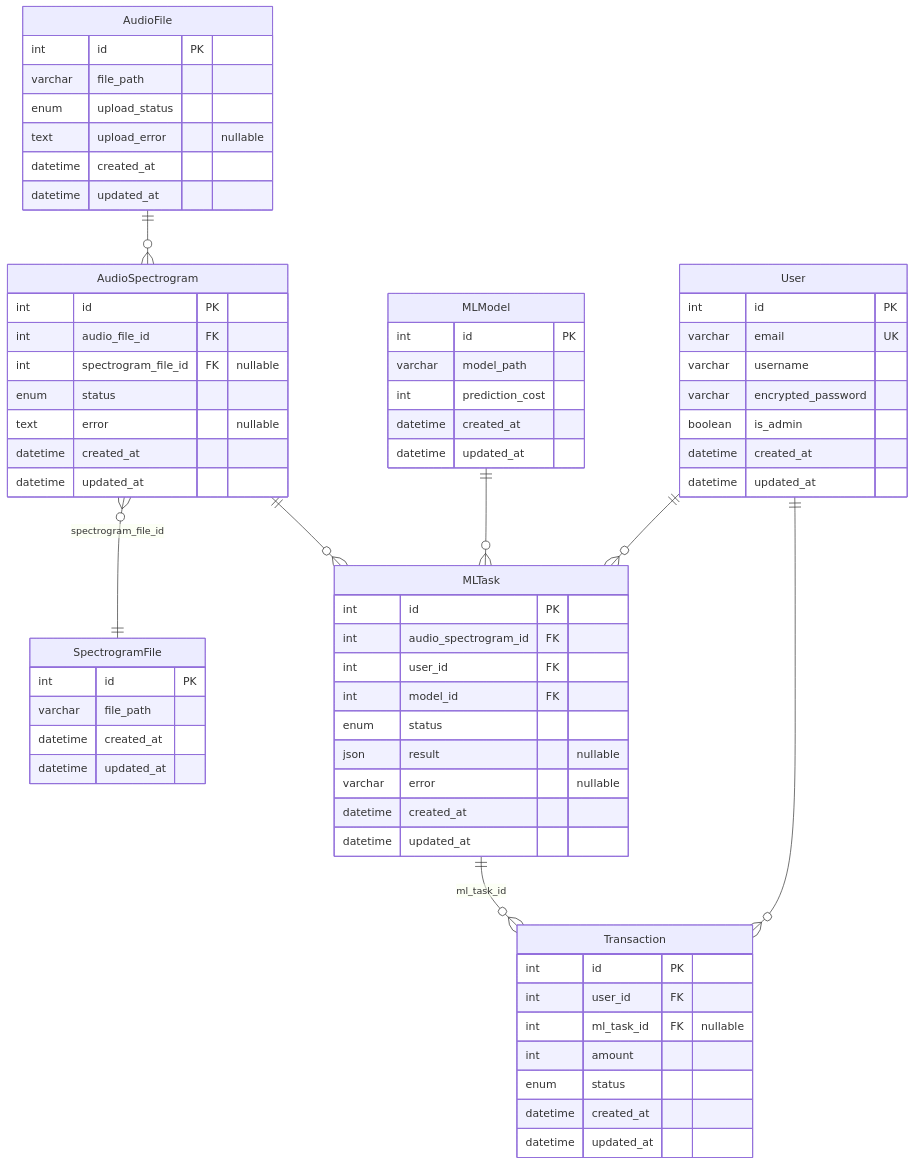
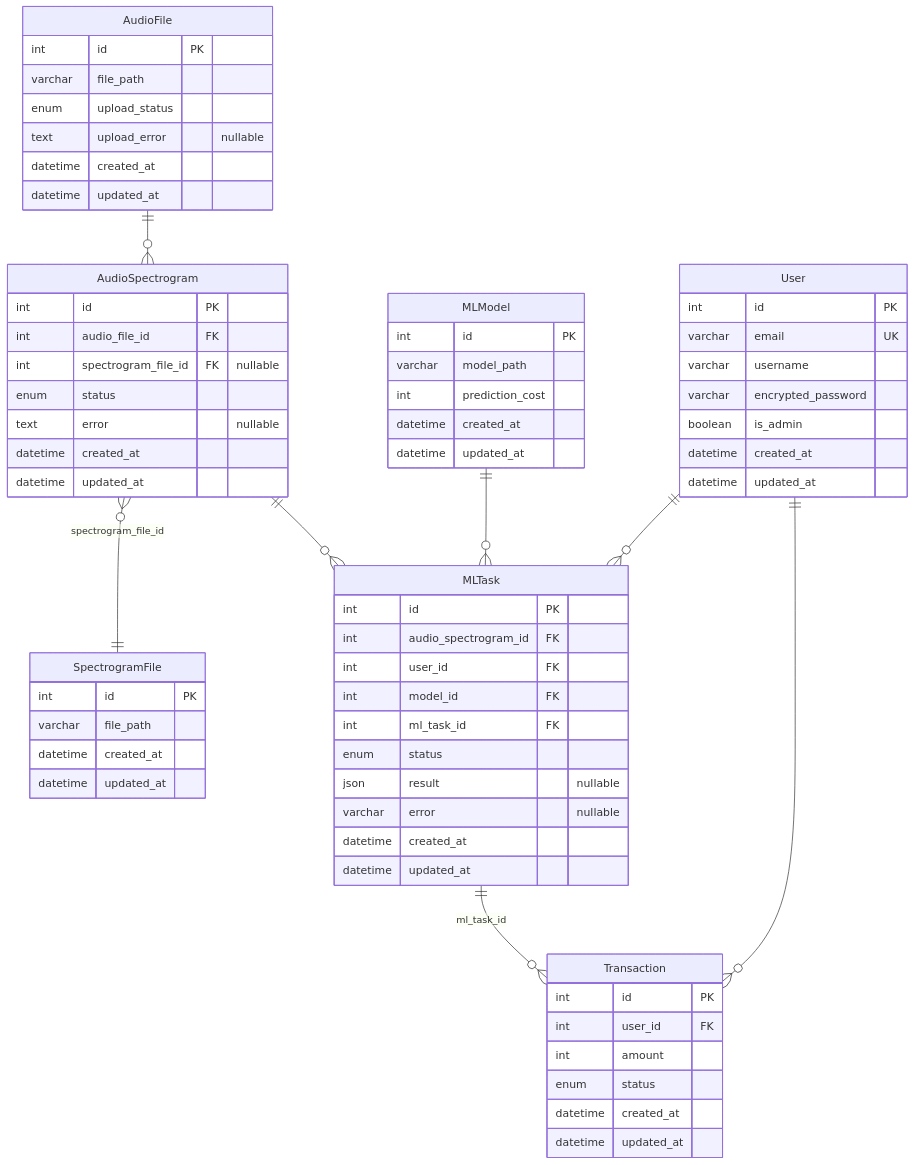
One commit to Ch1g/MusicGenreSommelierAI changed the second of 2 diagrams in README.md. Above: the diagram before and after it, drawn with Mermaid. The commit also changed other lines of this file and 35 other files, not shown here.

````diff
--- a/README.md
+++ b/README.md
@@ -100,76 +110,76 @@
 ```mermaid
 erDiagram
     User {
         int id PK
         varchar email UK
         varchar username
         varchar encrypted_password
         boolean is_admin
         datetime created_at
         datetime updated_at
     }
 
     AudioFile {
         int id PK
         varchar file_path
         enum upload_status
         text upload_error "nullable"
         datetime created_at
         datetime updated_at
     }
 
     SpectrogramFile {
         int id PK
         varchar file_path
         datetime created_at
         datetime updated_at
     }
 
     AudioSpectrogram {
         int id PK
         int audio_file_id FK
         int spectrogram_file_id FK "nullable"
         enum status
         text error "nullable"
         datetime created_at
         datetime updated_at
     }
 
     MLModel {
         int id PK
         varchar model_path
         int prediction_cost
         datetime created_at
         datetime updated_at
     }
 
     MLTask {
         int id PK
         int audio_spectrogram_id FK
         int user_id FK
         int model_id FK
+        int ml_task_id FK
         enum status
         json result "nullable"
         varchar error "nullable"
         datetime created_at
         datetime updated_at
     }
 
     Transaction {
         int id PK
         int user_id FK
-        int ml_task_id FK "nullable"
         int amount
         enum status
         datetime created_at
         datetime updated_at
     }
 
     User ||--o{ MLTask : ""
     User ||--o{ Transaction : ""
     MLTask ||--o{ Transaction : "ml_task_id"
     MLModel ||--o{ MLTask : ""
     AudioFile ||--o{ AudioSpectrogram : ""
     AudioSpectrogram }o--|| SpectrogramFile : "spectrogram_file_id"
     AudioSpectrogram ||--o{ MLTask : ""
 ```
````
